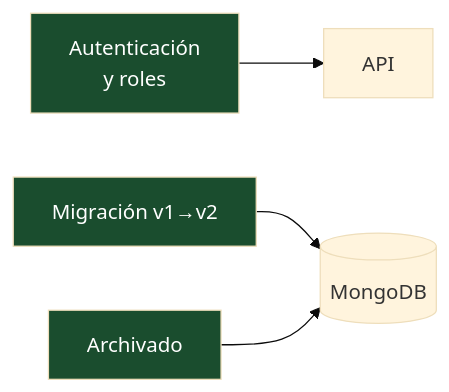
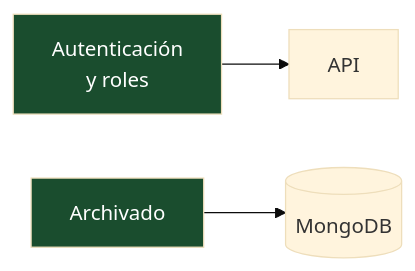
One commit to handelenriquezacuna/centinela changed the tenth of 11 diagrams in docs/04-arquitectura.md. Above: the diagram before and after it, drawn with Mermaid (base theme). The commit also changed other lines of this file and 3 other files, not shown here.

````diff
--- a/docs/04-arquitectura.md
+++ b/docs/04-arquitectura.md
@@ -227,9 +228,7 @@
 ```mermaid
 flowchart LR
     SEC[Autenticación<br/>y roles] --> API[API]
-    MIG[Migración v1→v2] --> M[(MongoDB)]
-    ARC[Archivado] --> M
+    ARC[Archivado] --> M[(MongoDB)]
     style SEC fill:#1a4d2e,color:#fff
-    style MIG fill:#1a4d2e,color:#fff
     style ARC fill:#1a4d2e,color:#fff
 ```
````
